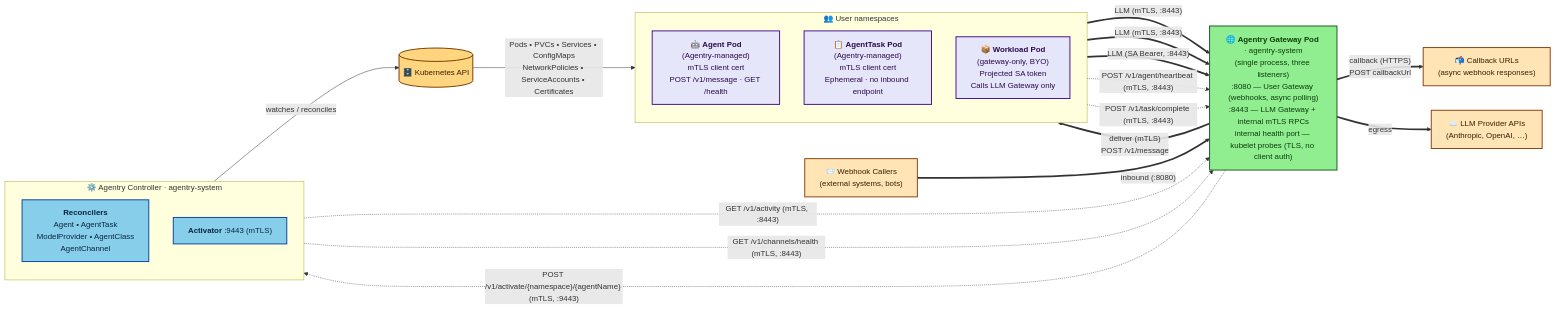
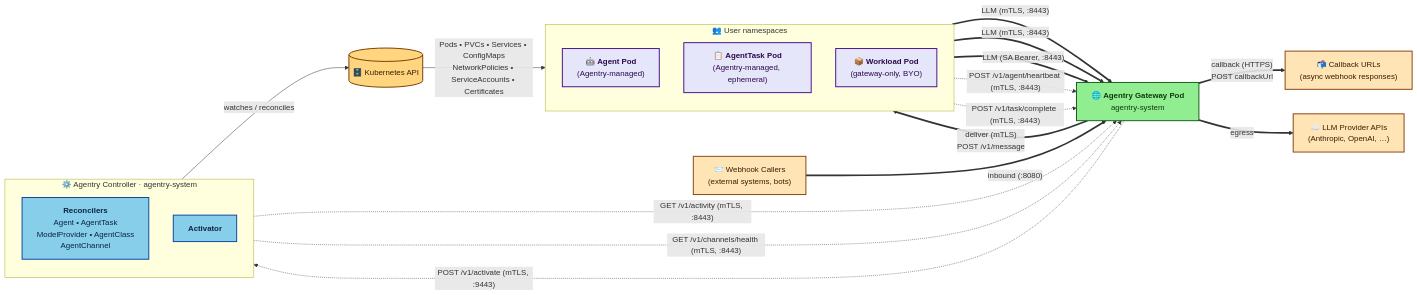
One commit to win07xp/kaalm changed the diagram in docs/ARCHITECTURE.md. Above: the diagram before and after it, drawn with Mermaid. The commit also changed other lines of this file, not shown here.

Commit message:
Close two design-review findings in ARCHITECTURE.md

````diff
--- a/docs/ARCHITECTURE.md
+++ b/docs/ARCHITECTURE.md
@@ -40,60 +40,60 @@
 ```mermaid
 flowchart LR
     %% ── Inbound external ─────────────────────────────────
     webhooks["📨 Webhook Callers<br/>(external systems, bots)"]
 
     %% ── Agentry Gateway (agentry-system) ─────────────────
-    gw["🌐 <b>Agentry Gateway Pod</b> · agentry-system<br/>(single process, three listeners)<br/>:8080 — User Gateway (webhooks, async polling)<br/>:8443 — LLM Gateway + internal mTLS RPCs<br/>internal health port — kubelet probes (TLS, no client auth)"]
+    gw["🌐 <b>Agentry Gateway Pod</b><br/>agentry-system"]
 
     %% ── User namespaces (agent + workload pods) ──────────
     subgraph users["👥 User namespaces"]
         direction TB
-        agentC["🤖 <b>Agent Pod</b><br/>(Agentry-managed)<br/>mTLS client cert<br/>POST /v1/message · GET /health"]
-        agentTaskC["📋 <b>AgentTask Pod</b><br/>(Agentry-managed)<br/>mTLS client cert<br/>Ephemeral · no inbound endpoint"]
-        workloadC["📦 <b>Workload Pod</b><br/>(gateway-only, BYO)<br/>Projected SA token<br/>Calls LLM Gateway only"]
+        agentC["🤖 <b>Agent Pod</b><br/>(Agentry-managed)"]
+        agentTaskC["📋 <b>AgentTask Pod</b><br/>(Agentry-managed, ephemeral)"]
+        workloadC["📦 <b>Workload Pod</b><br/>(gateway-only, BYO)"]
     end
 
     %% ── Outbound external ────────────────────────────────
     providers["☁️ LLM Provider APIs<br/>(Anthropic, OpenAI, …)"]
     callbacks["📬 Callback URLs<br/>(async webhook responses)"]
 
     %% ── Controller + apiserver (control plane) ───────────
     subgraph ctrl["⚙️ Agentry Controller · agentry-system"]
         direction TB
         recs["<b>Reconcilers</b><br/>Agent • AgentTask<br/>ModelProvider • AgentClass<br/>AgentChannel"]
-        activator["<b>Activator</b> :9443 (mTLS)"]
+        activator["<b>Activator</b>"]
     end
     apiserver[("🗄️ Kubernetes API")]
 
     %% ── Data plane (thick) ───────────────────────────────
     webhooks == "inbound (:8080)" ==> gw
     gw == "deliver (mTLS)<br/>POST /v1/message" ==> agentC
     gw == "callback (HTTPS)<br/>POST callbackUrl" ==> callbacks
     agentC & agentTaskC == "LLM (mTLS, :8443)" ==> gw
     workloadC == "LLM (SA Bearer, :8443)" ==> gw
     gw == "egress" ==> providers
 
     %% ── Lifecycle (thin) ─────────────────────────────────
     ctrl -- "watches / reconciles" --> apiserver
     apiserver -- "Pods • PVCs • Services • ConfigMaps<br/>NetworkPolicies • ServiceAccounts • Certificates" --> users
 
     %% ── Internal mTLS RPCs (dashed) ──────────────────────
-    gw -. "POST /v1/activate/{namespace}/{agentName} (mTLS, :9443)" .-> activator
+    gw -. "POST /v1/activate (mTLS, :9443)" .-> activator
     ctrl -. "GET /v1/activity (mTLS, :8443)" .-> gw
     ctrl -. "GET /v1/channels/health (mTLS, :8443)" .-> gw
     agentC -. "POST /v1/agent/heartbeat (mTLS, :8443)" .-> gw
     agentTaskC -. "POST /v1/task/complete (mTLS, :8443)" .-> gw
 
     %% ── Styling (high contrast) ──────────────────────────
     classDef extNode fill:#FFE4B5,stroke:#8B4513,stroke-width:2px,color:#3a1f00
     classDef gwNode  fill:#90EE90,stroke:#1B5E20,stroke-width:2px,color:#0b3d0b
     classDef ctlNode fill:#87CEEB,stroke:#0D47A1,stroke-width:2px,color:#0a2540
     classDef podNode fill:#E6E6FA,stroke:#4A148C,stroke-width:2px,color:#2a0a4a
     classDef k8sNode fill:#FFD580,stroke:#7a3f00,stroke-width:2px,color:#3a1f00
 
     class webhooks,providers,callbacks extNode
     class gw gwNode
     class recs,activator ctlNode
     class agentC,agentTaskC,workloadC podNode
     class apiserver k8sNode
 ```
````
